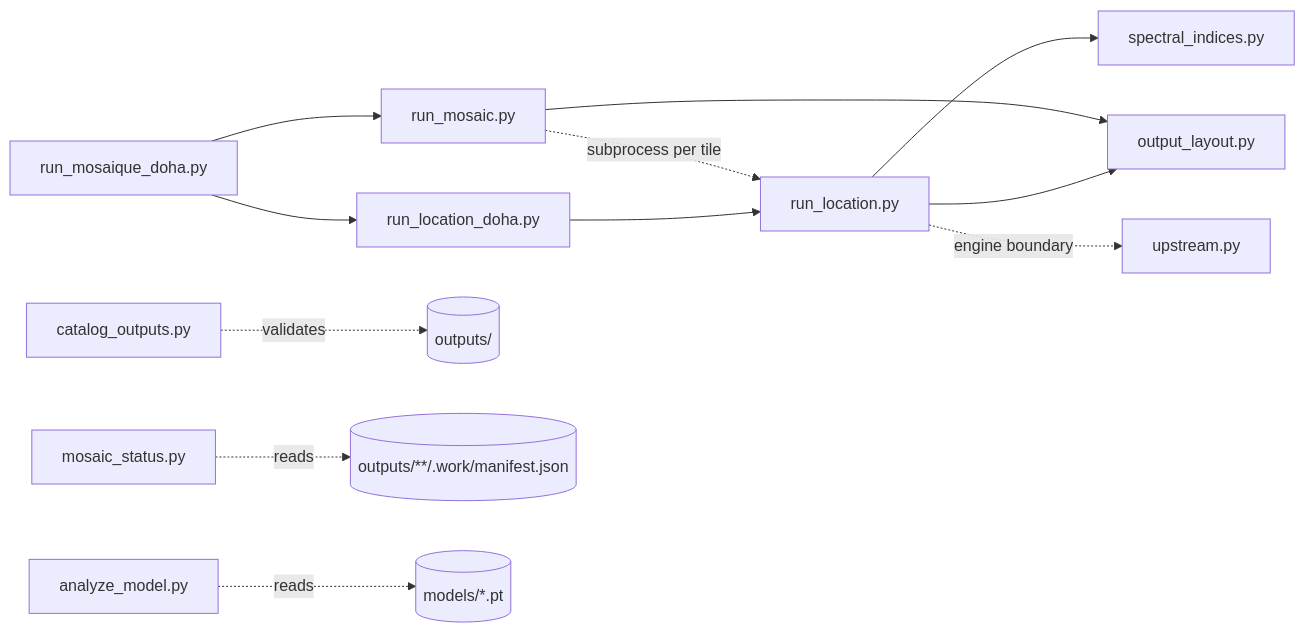
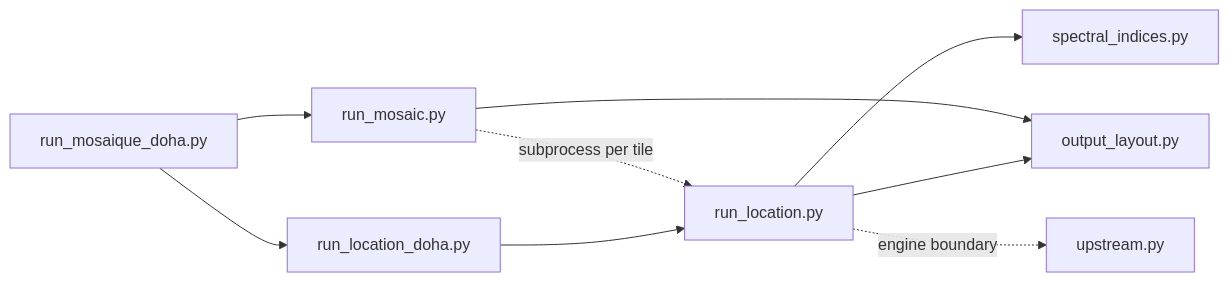
Before and after one commit to NeuralQ/neuralq-s2sr-core: the second of 3 diagrams in README.md, drawn with Mermaid. The commit also changed other lines of this file and 6 other files, not shown here.

Commit message:
Remove standalone utility scripts (download_weights, verify_local, analyze_model, catalog_outputs, mosaic_status) and update README

````diff
--- a/README.md
+++ b/README.md
@@ -79,14 +73,11 @@
 ```mermaid
 graph LR
     DOHA["run_location_doha.py"] --> RL["run_location.py"]
     MOSQ["run_mosaique_doha.py"] --> RM["run_mosaic.py"]
     MOSQ --> DOHA
     RM -. "subprocess per tile" .-> RL
     RL --> OL["output_layout.py"]
     RL --> SI["spectral_indices.py"]
     RL -. "engine boundary" .-> UP["upstream.py"]
     RM --> OL
-    CAT["catalog_outputs.py"] -. validates .-> OUT[("outputs/")]
-    STA["mosaic_status.py"] -. reads .-> MAN[("outputs/**/.work/manifest.json")]
-    ANA["analyze_model.py"] -. reads .-> CKPT[("models/*.pt")]
 ```
````
